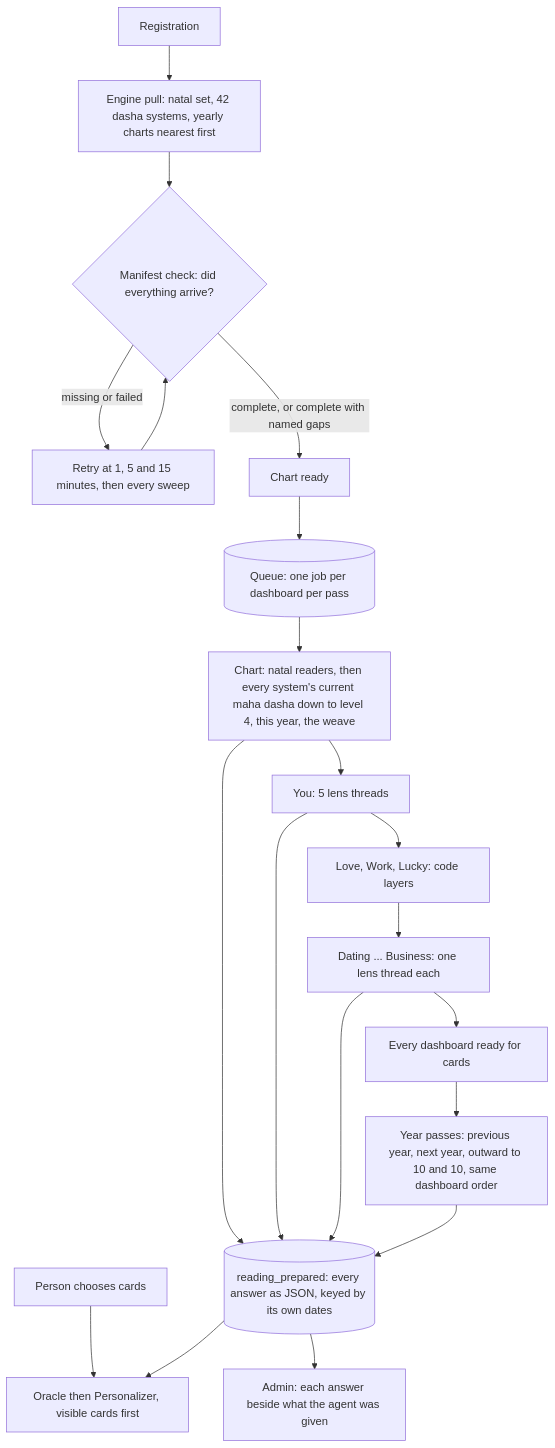
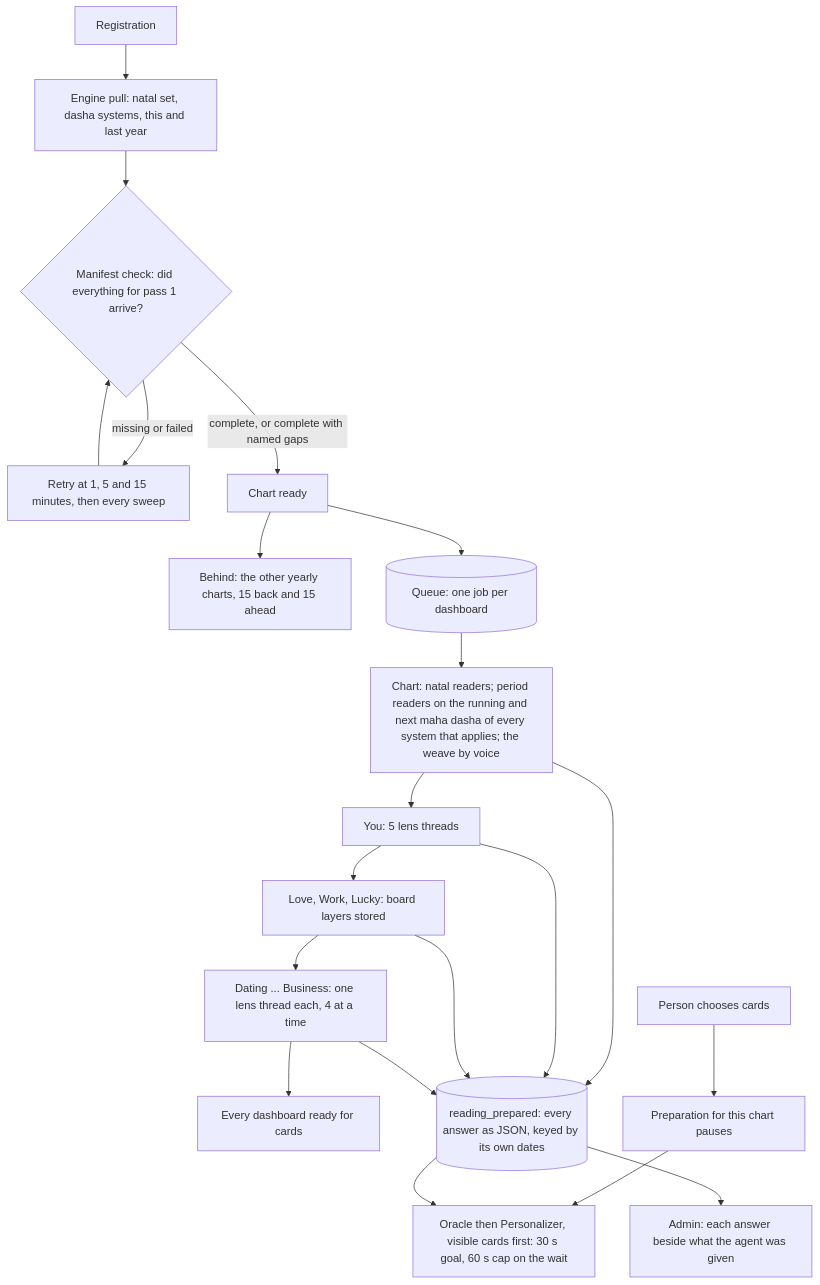
One commit to sachinm/AIAstraServer changed the second of 2 diagrams in docs/techniques/11-reading-prepared-ahead.md. Above: the diagram before and after it, drawn with Mermaid. The commit also changed other lines of this file and 16 other files, not shown here.

First line of the commit message:
docs(techniques): plan 11 rev 3 and doc 12 (every dasha system that applies, running and next maha dasha, confirmation by voice)

````diff
--- a/docs/techniques/11-reading-prepared-ahead.md
+++ b/docs/techniques/11-reading-prepared-ahead.md
@@ -158,21 +143,22 @@
 ```mermaid
 flowchart TD
-  R[Registration] --> P[Engine pull: natal set, 42 dasha systems, yearly charts nearest first]
-  P --> M{Manifest check: did everything arrive?}
+  R[Registration] --> P[Engine pull: natal set, dasha systems, this and last year]
+  P --> M{Manifest check: did everything for pass 1 arrive?}
   M -->|missing or failed| RT[Retry at 1, 5 and 15 minutes, then every sweep] --> M
   M -->|complete, or complete with named gaps| CR[Chart ready]
-  CR --> Q[(Queue: one job per dashboard per pass)]
-  Q --> J0[Chart: natal readers, then every system's current maha dasha down to level 4, this year, the weave]
+  CR --> BG[Behind: the other yearly charts, 15 back and 15 ahead]
+  CR --> Q[(Queue: one job per dashboard)]
+  Q --> J0[Chart: natal readers; period readers on the running and next maha dasha of every system that applies; the weave by voice]
   J0 --> J1[You: 5 lens threads]
-  J1 --> J2[Love, Work, Lucky: code layers]
-  J2 --> J3[Dating ... Business: one lens thread each]
+  J1 --> J2[Love, Work, Lucky: board layers stored]
+  J2 --> J3[Dating ... Business: one lens thread each, 4 at a time]
   J3 --> RDY[Every dashboard ready for cards]
-  RDY --> Y[Year passes: previous year, next year, outward to 10 and 10, same dashboard order]
-  PICK[Person chooses cards] --> O[Oracle then Personalizer, visible cards first]
+  PICK[Person chooses cards] --> FOCUS[Preparation for this chart pauses]
+  FOCUS --> O[Oracle then Personalizer, visible cards first: 30 s goal, 60 s cap on the wait]
   J0 --> ST[(reading_prepared: every answer as JSON, keyed by its own dates)]
   J1 --> ST
+  J2 --> ST
   J3 --> ST
-  Y --> ST
   ST --> O
   ST --> REV[Admin: each answer beside what the agent was given]
 ```
````
